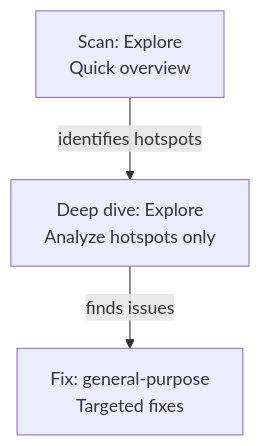
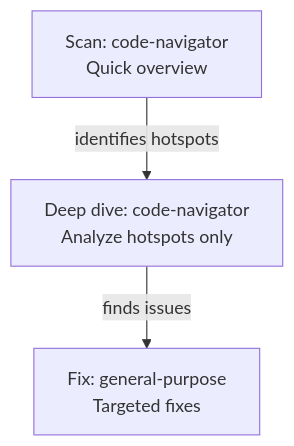
One commit to yagizdo/quiver changed the tenth of 10 diagrams in skills/orchestrate-agents/SKILL.md. Above: the diagram before and after it, drawn with Mermaid. The commit also changed other lines of this file and 27 other files, not shown here.

````diff
--- a/skills/orchestrate-agents/SKILL.md
+++ b/skills/orchestrate-agents/SKILL.md
@@ -511,5 +514,5 @@
 ```mermaid
 flowchart TD
-    S1[Scan: Explore<br/>Quick overview] -->|identifies hotspots| S2[Deep dive: Explore<br/>Analyze hotspots only]
+    S1[Scan: code-navigator<br/>Quick overview] -->|identifies hotspots| S2[Deep dive: code-navigator<br/>Analyze hotspots only]
     S2 -->|finds issues| S3[Fix: general-purpose<br/>Targeted fixes]
 ```
````
